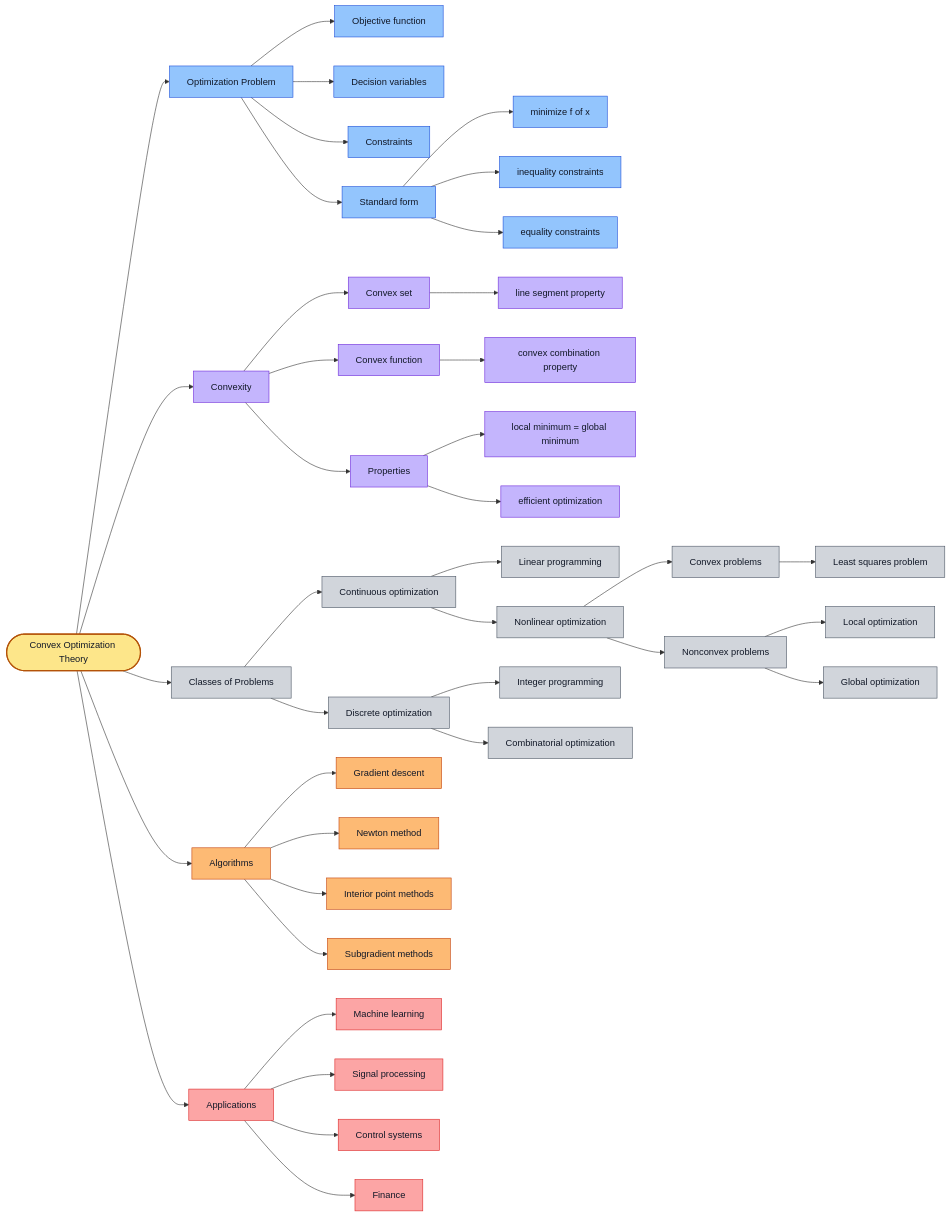
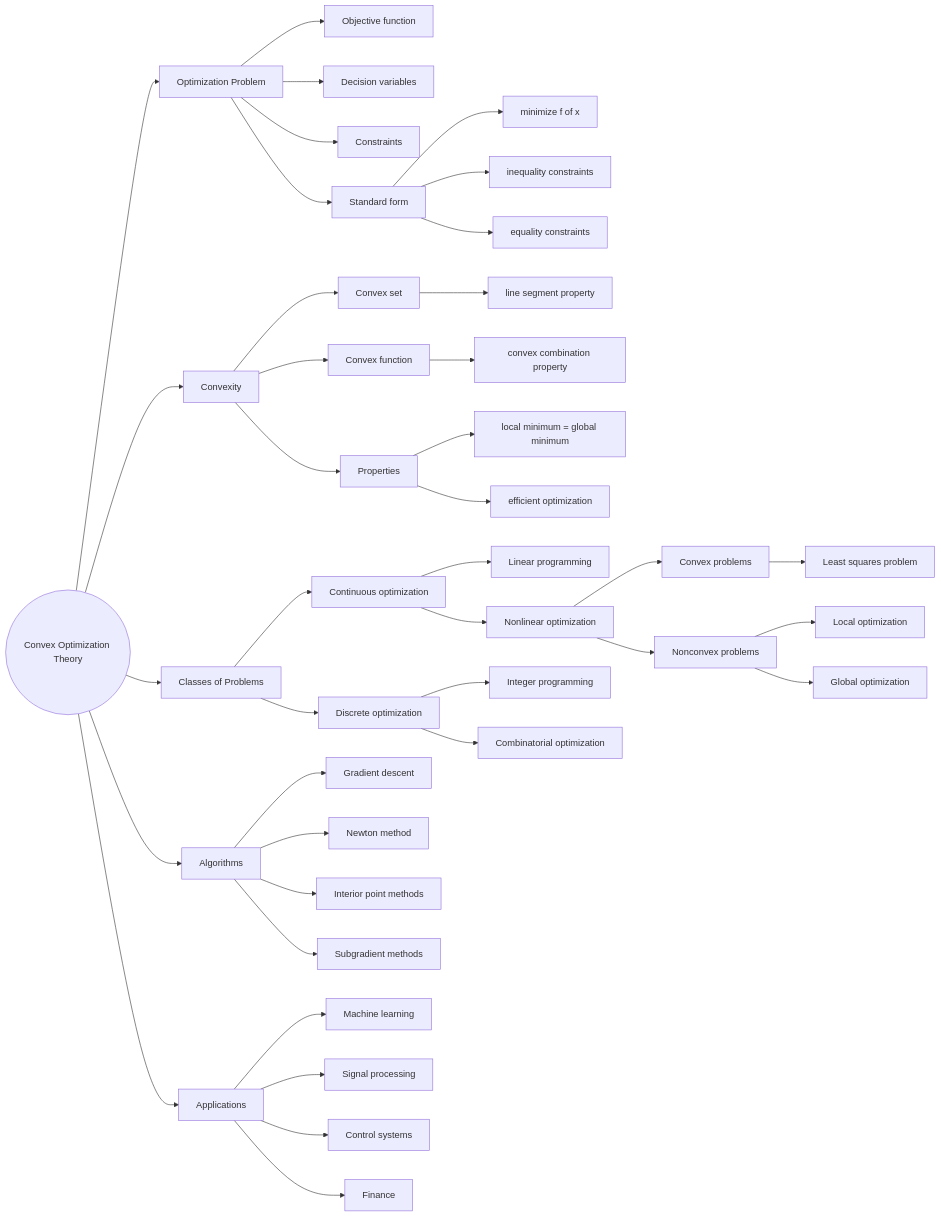
One commit to Blanketzzz/mindmap-test changed the diagram in mindmap_test.md. Above: the diagram before and after it, drawn with Mermaid.

Commit message:
Update mindmap test
Made-with: Cursor

````diff
--- a/mindmap_test.md
+++ b/mindmap_test.md
@@ -1,62 +1,55 @@
 ```mermaid
 flowchart LR
 
-A([Convex Optimization Theory]):::root
+A((Convex Optimization Theory))
 
 A --> B[Optimization Problem]
 A --> C[Convexity]
 A --> D[Classes of Problems]
 A --> E[Algorithms]
 A --> F[Applications]
 
 B --> B1[Objective function]
 B --> B2[Decision variables]
 B --> B3[Constraints]
 B --> B4[Standard form]
+
 B4 --> B41[minimize f of x]
 B4 --> B42[inequality constraints]
 B4 --> B43[equality constraints]
 
 C --> C1[Convex set]
 C --> C2[Convex function]
 C --> C3[Properties]
+
 C1 --> C11[line segment property]
 C2 --> C21[convex combination property]
 C3 --> C31[local minimum = global minimum]
 C3 --> C32[efficient optimization]
 
 D --> D1[Continuous optimization]
 D --> D2[Discrete optimization]
+
 D1 --> D11[Linear programming]
 D1 --> D12[Nonlinear optimization]
+
 D12 --> D121[Convex problems]
 D12 --> D122[Nonconvex problems]
+
 D121 --> D1211[Least squares problem]
 D122 --> D1221[Local optimization]
 D122 --> D1222[Global optimization]
+
 D2 --> D21[Integer programming]
 D2 --> D22[Combinatorial optimization]
 
 E --> E1[Gradient descent]
 E --> E2[Newton method]
 E --> E3[Interior point methods]
 E --> E4[Subgradient methods]
 
 F --> F1[Machine learning]
 F --> F2[Signal processing]
 F --> F3[Control systems]
 F --> F4[Finance]
-
-classDef root fill:#FDE68A,stroke:#B45309,color:#111827,stroke-width:2px;
-classDef blue fill:#93C5FD,stroke:#1D4ED8,color:#111827;
-classDef purple fill:#C4B5FD,stroke:#6D28D9,color:#111827;
-classDef gray fill:#D1D5DB,stroke:#4B5563,color:#111827;
-classDef orange fill:#FDBA74,stroke:#C2410C,color:#111827;
-classDef red fill:#FCA5A5,stroke:#DC2626,color:#111827;
-
-class B,B1,B2,B3,B4,B41,B42,B43 blue;
-class C,C1,C2,C3,C11,C21,C31,C32 purple;
-class D,D1,D2,D11,D12,D121,D122,D1211,D1221,D1222,D21,D22 gray;
-class E,E1,E2,E3,E4 orange;
-class F,F1,F2,F3,F4 red;
 ```
````
